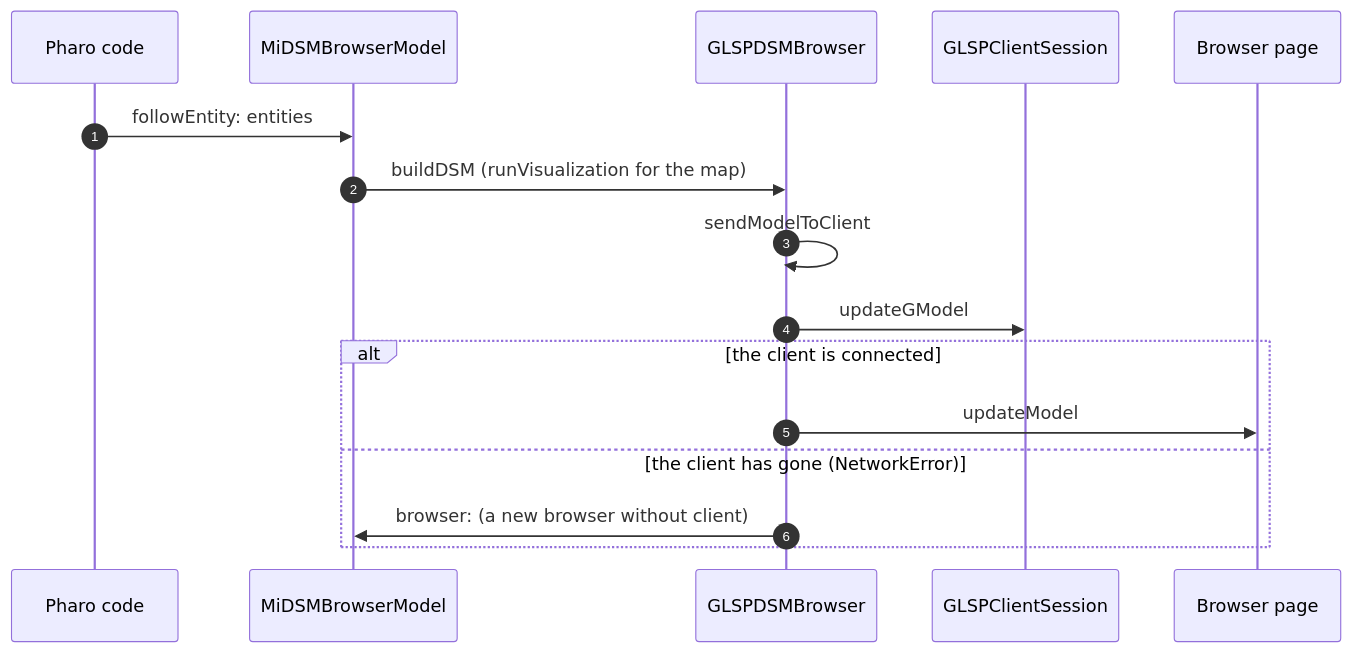
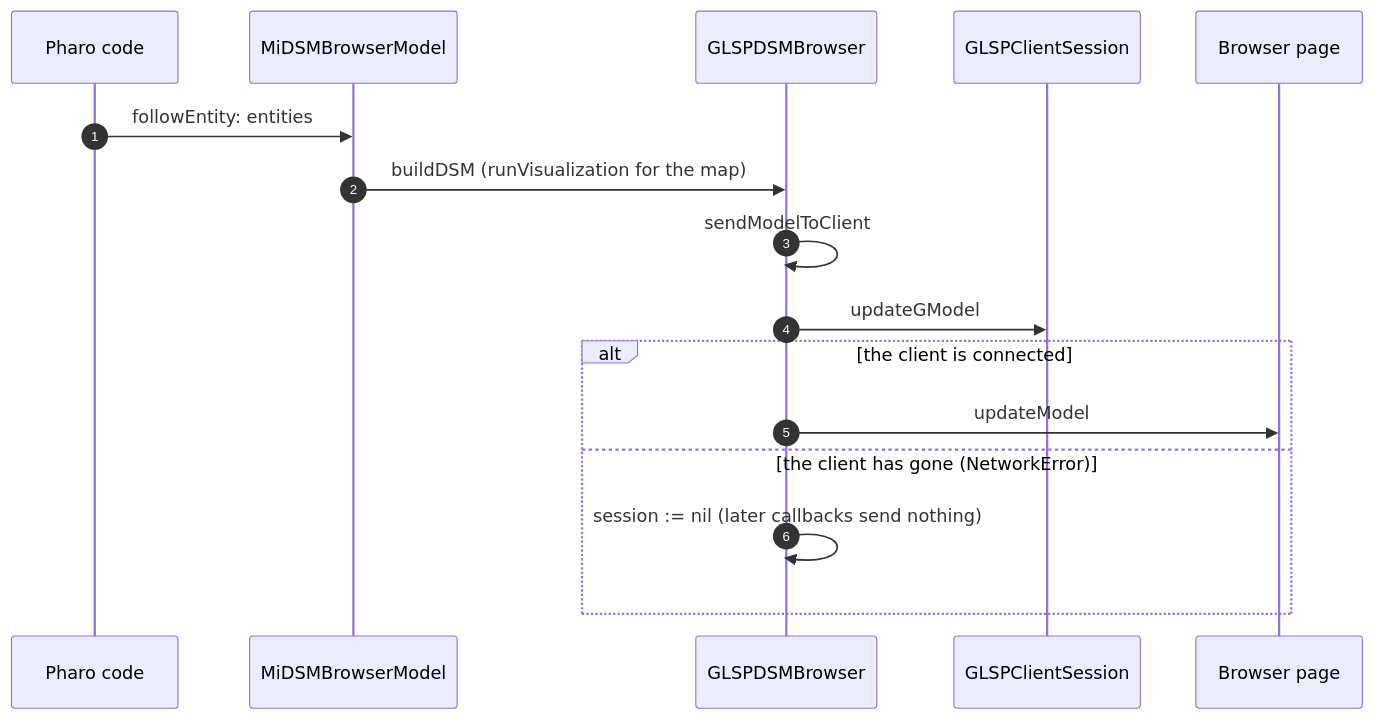
The third of 3 diagrams in documentation/GLSP-diagrams.md (NicolasAnquetil/Midas), drawn with Mermaid before and after one commit. The commit also changed other lines of this file and 4 other files, not shown here.

First line of the commit message:
refactor: GLSP diagrams, no browser without client

````diff
--- a/documentation/GLSP-diagrams.md
+++ b/documentation/GLSP-diagrams.md
@@ -168,19 +168,19 @@
 ```mermaid
 sequenceDiagram
     autonumber
     participant Code as Pharo code
     participant Model as MiDSMBrowserModel
     participant Browser as GLSPDSMBrowser
     participant Session as GLSPClientSession
     participant Page as Browser page
 
     Code->>Model: followEntity: entities
     Model->>Browser: buildDSM (runVisualization for the map)
     Browser->>Browser: sendModelToClient
     Browser->>Session: updateGModel
     alt the client is connected
         Browser->>Page: updateModel
     else the client has gone (NetworkError)
-        Browser->>Model: browser: (a new browser without client)
+        Browser->>Browser: session := nil (later callbacks send nothing)
     end
 ```
````
